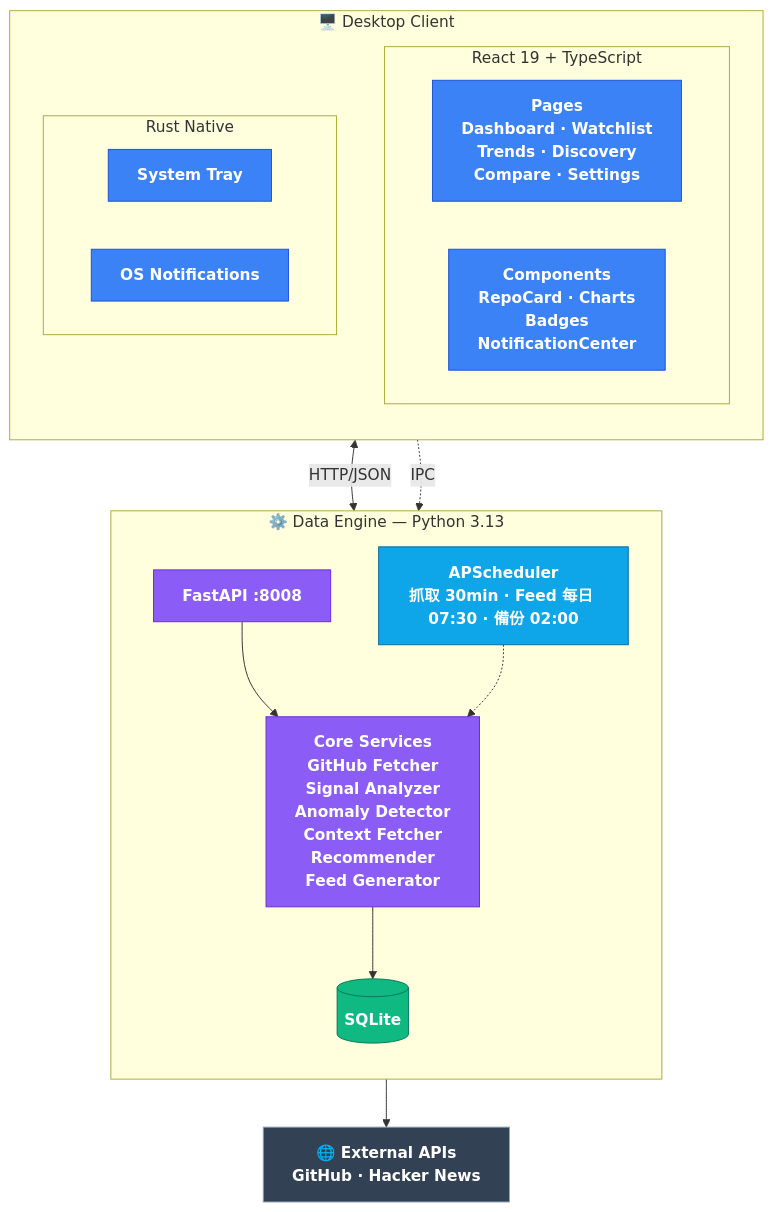
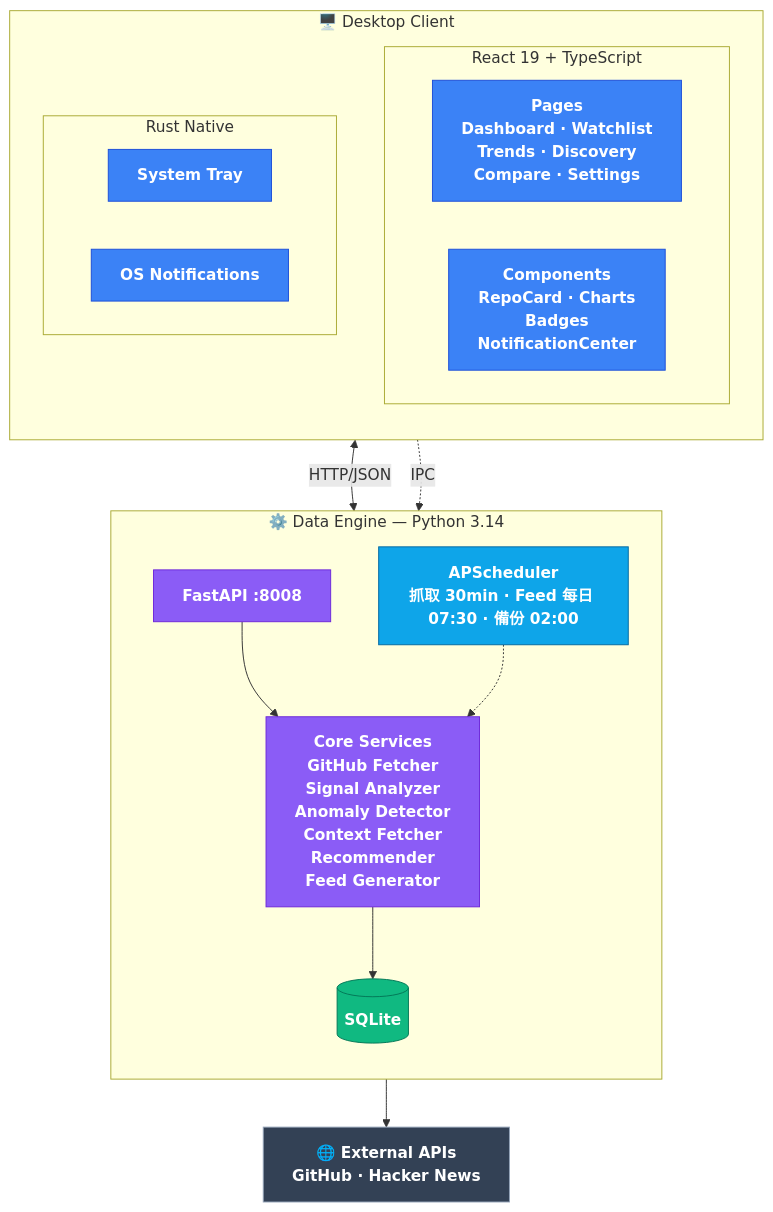
One commit to Neal75418/StarScope changed the second of 2 diagrams in README.md. Above: the diagram before and after it, drawn with Mermaid. The commit also changed other lines of this file and 5 other files, not shown here.

````diff
--- a/README.md
+++ b/README.md
@@ -78,45 +78,45 @@
 ```mermaid
 graph TB
     subgraph Desktop["🖥️ Desktop Client"]
         direction TB
         subgraph UI["React 19 + TypeScript"]
             direction LR
             Pages["Pages<br/>Dashboard · Watchlist<br/>Trends · Discovery<br/>Compare · Settings"]
             Components["Components<br/>RepoCard · Charts<br/>Badges<br/>NotificationCenter"]
         end
         subgraph Native["Rust Native"]
             direction LR
             Tray["System Tray"]
             Notify["OS Notifications"]
         end
     end
 
-    subgraph Engine["⚙️ Data Engine — Python 3.13"]
+    subgraph Engine["⚙️ Data Engine — Python 3.14"]
         direction TB
         API["FastAPI :8008"]
         Services["Core Services<br/>GitHub Fetcher<br/>Signal Analyzer<br/>Anomaly Detector<br/>Context Fetcher<br/>Recommender<br/>Feed Generator"]
         Sched["APScheduler<br/>抓取 30min · Feed 每日 07:30 · 備份 02:00"]
         DB[("SQLite")]
         API --> Services
         Sched -.-> Services
         Services --> DB
     end
 
     Ext["🌐 External APIs<br/>GitHub · Hacker News"]
 
     Components <-->|HTTP/JSON| API
     Native -.->|IPC| API
     Services --> Ext
 
     classDef frontend fill:#3b82f6,stroke:#1d4ed8,color:#fff,font-weight:bold
     classDef backend fill:#8b5cf6,stroke:#6d28d9,color:#fff,font-weight:bold
     classDef storage fill:#10b981,stroke:#047857,color:#fff,font-weight:bold
     classDef sched fill:#0ea5e9,stroke:#0369a1,color:#fff,font-weight:bold
     classDef external fill:#334155,stroke:#94a3b8,color:#fff,font-weight:bold
 
     class Pages,Components,Tray,Notify frontend
     class API,Services backend
     class DB storage
     class Sched sched
     class Ext external
 ```
````
